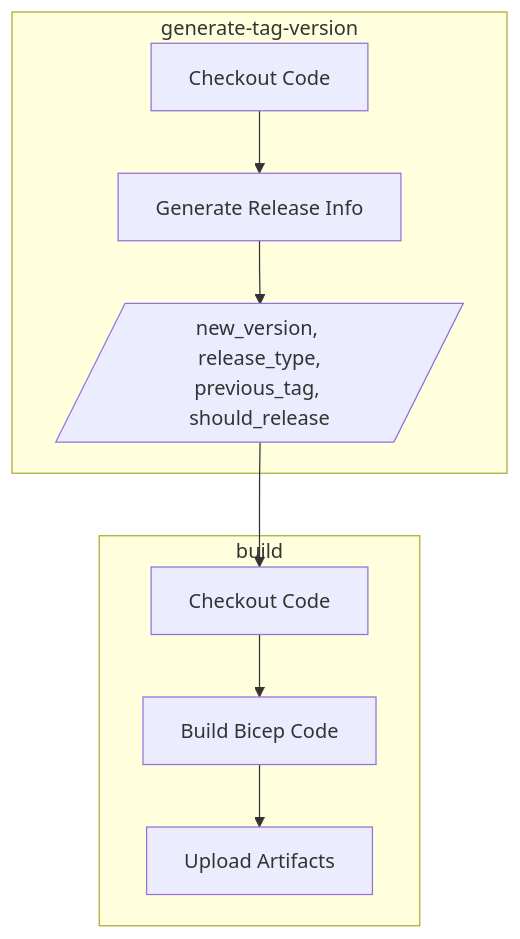
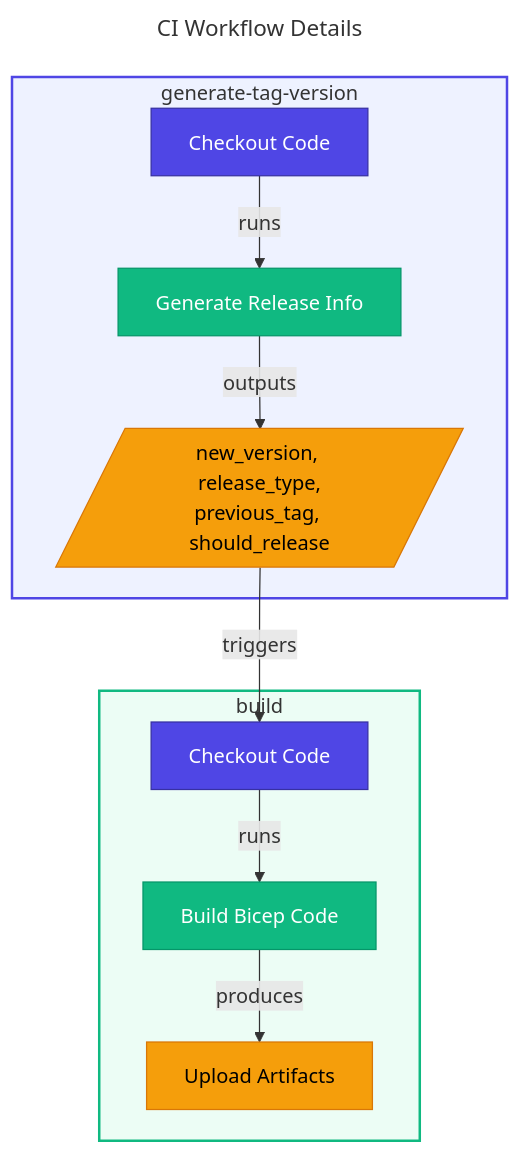
Before and after one commit to Evilazaro/DevExp-DevBox: diagram 11 of 14 in docs/architecture/04-technology-architecture.md, drawn with Mermaid. The commit also changed other lines of this file, not shown here.

Commit message:
Refactor identity and role diagrams to enhance clarity and detail in the technology architecture documentation

````diff
--- a/docs/architecture/04-technology-architecture.md
+++ b/docs/architecture/04-technology-architecture.md
@@ -837,20 +966,40 @@
 ```mermaid
+---
+title: CI Workflow Details
+---
 flowchart TD
+    %% ===== STYLE DEFINITIONS =====
+    classDef primary fill:#4F46E5,stroke:#3730A3,color:#FFFFFF
+    classDef secondary fill:#10B981,stroke:#059669,color:#FFFFFF
+    classDef datastore fill:#F59E0B,stroke:#D97706,color:#000000
+
+    %% ===== JOB 1 =====
     subgraph Job1["generate-tag-version"]
-        CHECKOUT1[Checkout Code]
-        GENERATE[Generate Release Info]
-        OUTPUT1[/new_version, release_type,<br/>previous_tag, should_release/]
+        CHECKOUT1["Checkout Code"]
+        GENERATE["Generate Release Info"]
+        OUTPUT1[/"new_version, release_type,<br/>previous_tag, should_release"/]
     end
 
+    %% ===== JOB 2 =====
     subgraph Job2["build"]
-        CHECKOUT2[Checkout Code]
-        BUILD[Build Bicep Code]
-        UPLOAD[Upload Artifacts]
+        CHECKOUT2["Checkout Code"]
+        BUILD["Build Bicep Code"]
+        UPLOAD["Upload Artifacts"]
     end
 
-    CHECKOUT1 --> GENERATE
-    GENERATE --> OUTPUT1
-    OUTPUT1 --> CHECKOUT2
-    CHECKOUT2 --> BUILD
-    BUILD --> UPLOAD
+    %% ===== CONNECTIONS =====
+    CHECKOUT1 -->|"runs"| GENERATE
+    GENERATE -->|"outputs"| OUTPUT1
+    OUTPUT1 -->|"triggers"| CHECKOUT2
+    CHECKOUT2 -->|"runs"| BUILD
+    BUILD -->|"produces"| UPLOAD
+
+    %% ===== APPLY STYLES =====
+    class CHECKOUT1,CHECKOUT2 primary
+    class GENERATE,BUILD secondary
+    class OUTPUT1,UPLOAD datastore
+
+    %% ===== SUBGRAPH STYLING =====
+    style Job1 fill:#EEF2FF,stroke:#4F46E5,stroke-width:2px
+    style Job2 fill:#ECFDF5,stroke:#10B981,stroke-width:2px
 ```
````
